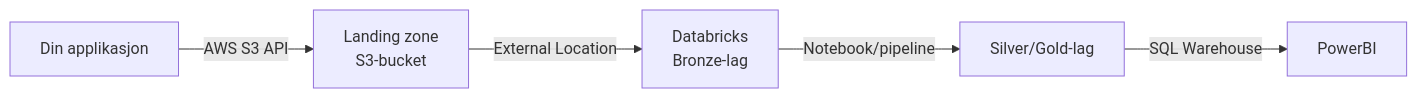
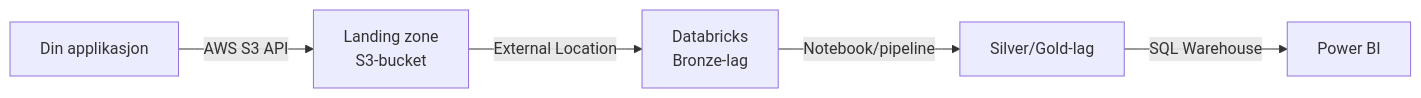
The first of 2 diagrams in docs/getting-started.md (oslokommune/padda-golden-path), drawn with Mermaid before and after one commit. The commit also changed other lines of this file and 45 other files, not shown here.

````diff
--- a/docs/getting-started.md
+++ b/docs/getting-started.md
@@ -7,7 +7,7 @@
 ```mermaid
 flowchart LR
-    A[Din applikasjon] -->|AWS S3 API| B[Landing zone\nS3-bucket]
-    B -->|External Location| C[Databricks\nBronze-lag]
+    A[Din applikasjon] -->|AWS S3 API| B[Landing zone<br/>S3-bucket]
+    B -->|External Location| C[Databricks<br/>Bronze-lag]
     C -->|Notebook/pipeline| D[Silver/Gold-lag]
-    D -->|SQL Warehouse| E[PowerBI]
+    D -->|SQL Warehouse| E[Power BI]
 ```
````
